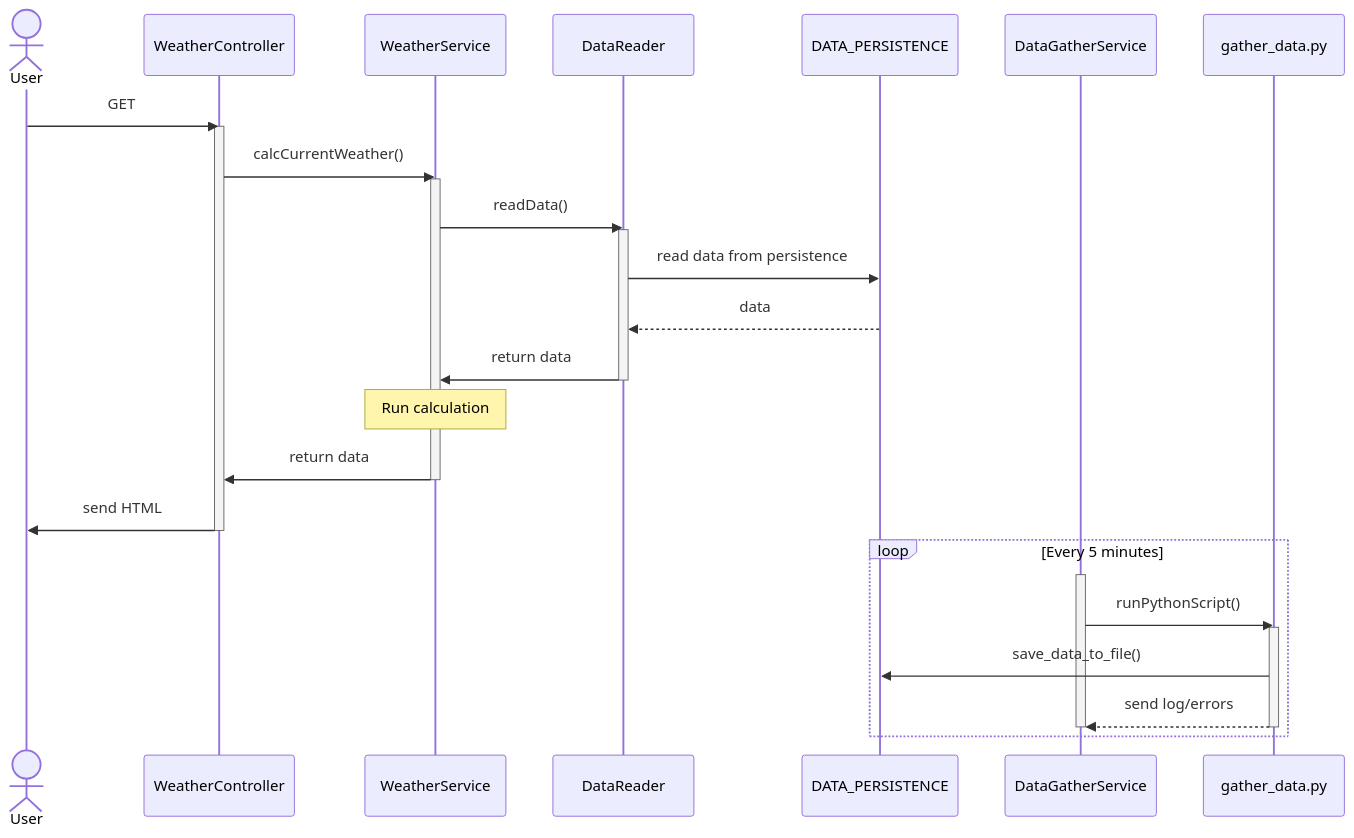
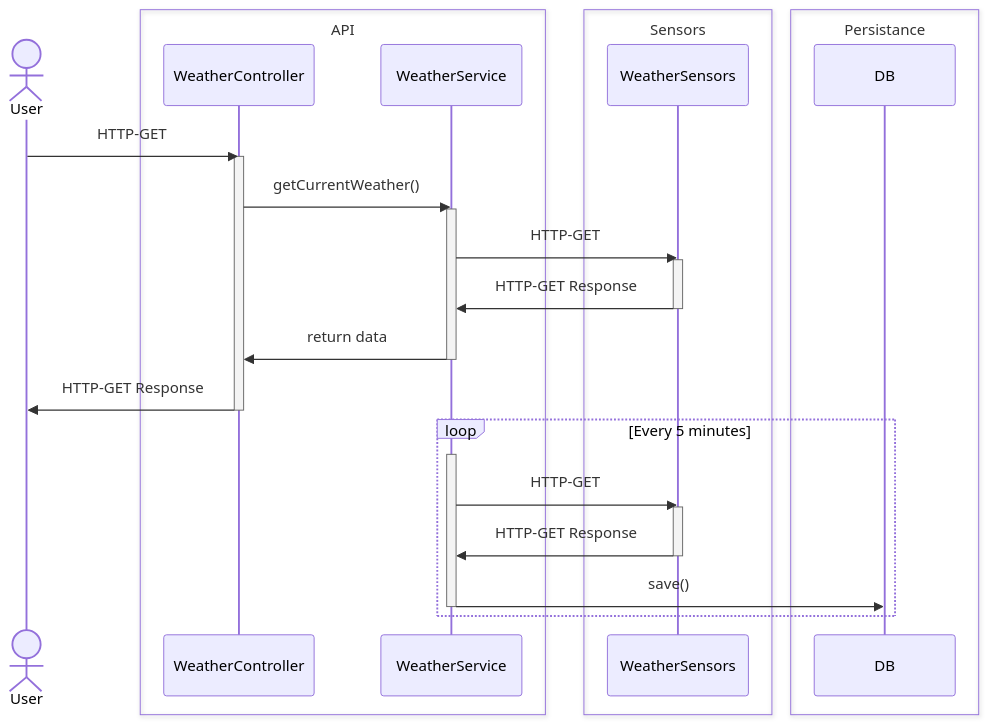
Before and after one commit to weissale1/WeatherStation: the second of 2 diagrams in README.md, drawn with Mermaid. The commit also changed other lines of this file, not shown here.

````diff
--- a/README.md
+++ b/README.md
@@ -60,35 +44,40 @@
 ```mermaid
 sequenceDiagram
 actor User
+box API
+participant WeatherController
+participant WeatherService
+end
+box Sensors
+participant WeatherSensors
+end
+box Persistance
+participant DB
+end
 
-User ->> WeatherController: GET 
+
+User ->> WeatherController: HTTP-GET 
 activate WeatherController
-WeatherController->>WeatherService: calcCurrentWeather()
+WeatherController->>WeatherService: getCurrentWeather()
 activate WeatherService
-WeatherService->>DataReader: readData()
-activate DataReader
-DataReader->>DATA_PERSISTENCE: read data from persistence
-DATA_PERSISTENCE-->>DataReader: data
-DataReader->>WeatherService: return data
-deactivate DataReader
-Note over WeatherService: Run calculation
+WeatherService->>WeatherSensors: HTTP-GET
+activate WeatherSensors
+WeatherSensors->>WeatherService: HTTP-GET Response
+deactivate WeatherSensors
 
 WeatherService->>WeatherController: return data
 deactivate WeatherService
-WeatherController->>User: send HTML
+WeatherController->>User: HTTP-GET Response
 deactivate WeatherController 
 
 
 loop Every 5 minutes
-activate DataGatherService
-    DataGatherService->>gather_data.py: runPythonScript()
-    activate gather_data.py
-    gather_data.py->>DATA_PERSISTENCE: save_data_to_file()
-    gather_data.py-->>DataGatherService: send log/errors
-    deactivate gather_data.py
-    deactivate DataGatherService
+activate WeatherService
+    WeatherService->>WeatherSensors: HTTP-GET
+    activate WeatherSensors
+    WeatherSensors->>WeatherService: HTTP-GET Response
+    deactivate WeatherSensors
+    WeatherService->>DB: save()
+    deactivate WeatherService
 end
-
-
-
 ```
````
